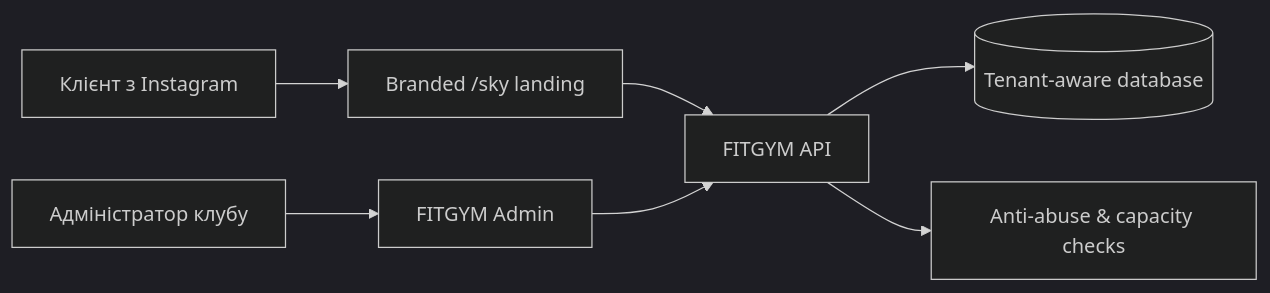
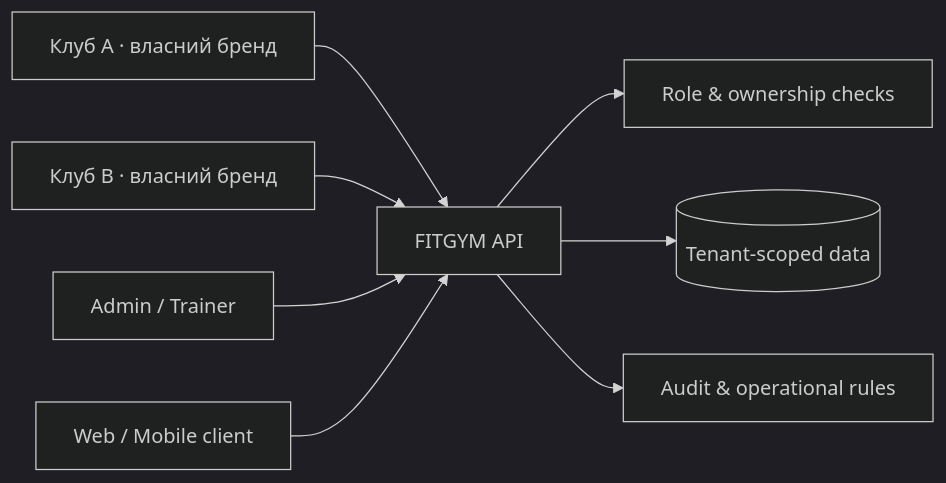
One commit to xand0dev/FITGYM-demo changed the diagram in README.md. Above: the diagram before and after it, drawn with Mermaid (dark theme). The commit also changed other lines of this file and 1 other file, not shown here.

Commit message:
docs: reframe showcase around multi-tenant CRM

````diff
--- a/README.md
+++ b/README.md
@@ -48,9 +32,10 @@
 ```mermaid
 flowchart LR
-    Client["Клієнт з Instagram"] --> Sky["Branded /sky landing"]
-    Sky --> API["FITGYM API"]
-    Staff["Адміністратор клубу"] --> Admin["FITGYM Admin"]
-    Admin --> API
-    API --> DB[("Tenant-aware database")]
-    API --> Guard["Anti-abuse & capacity checks"]
+    GymA["Клуб A · власний бренд"] --> Core["FITGYM API"]
+    GymB["Клуб B · власний бренд"] --> Core
+    Staff["Admin / Trainer"] --> Core
+    Client["Web / Mobile client"] --> Core
+    Core --> Roles["Role & ownership checks"]
+    Core --> Data[("Tenant-scoped data")]
+    Core --> Audit["Audit & operational rules"]
 ```
````
